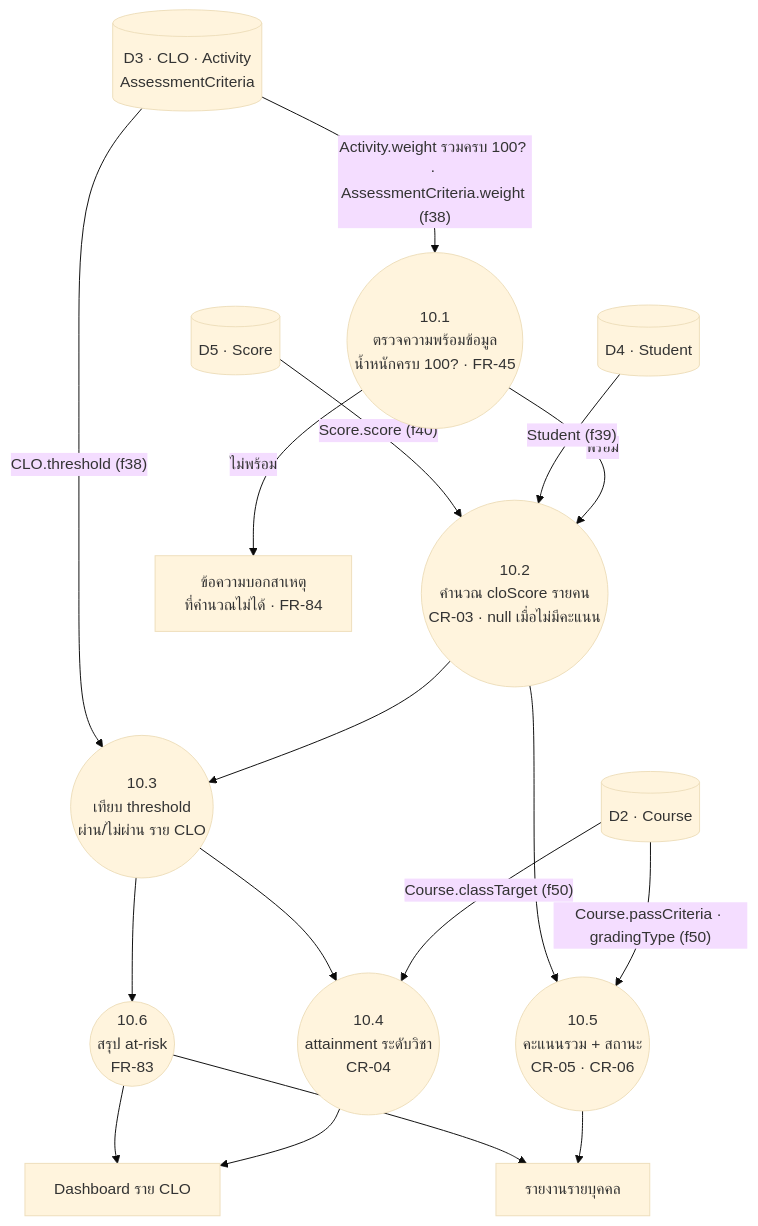
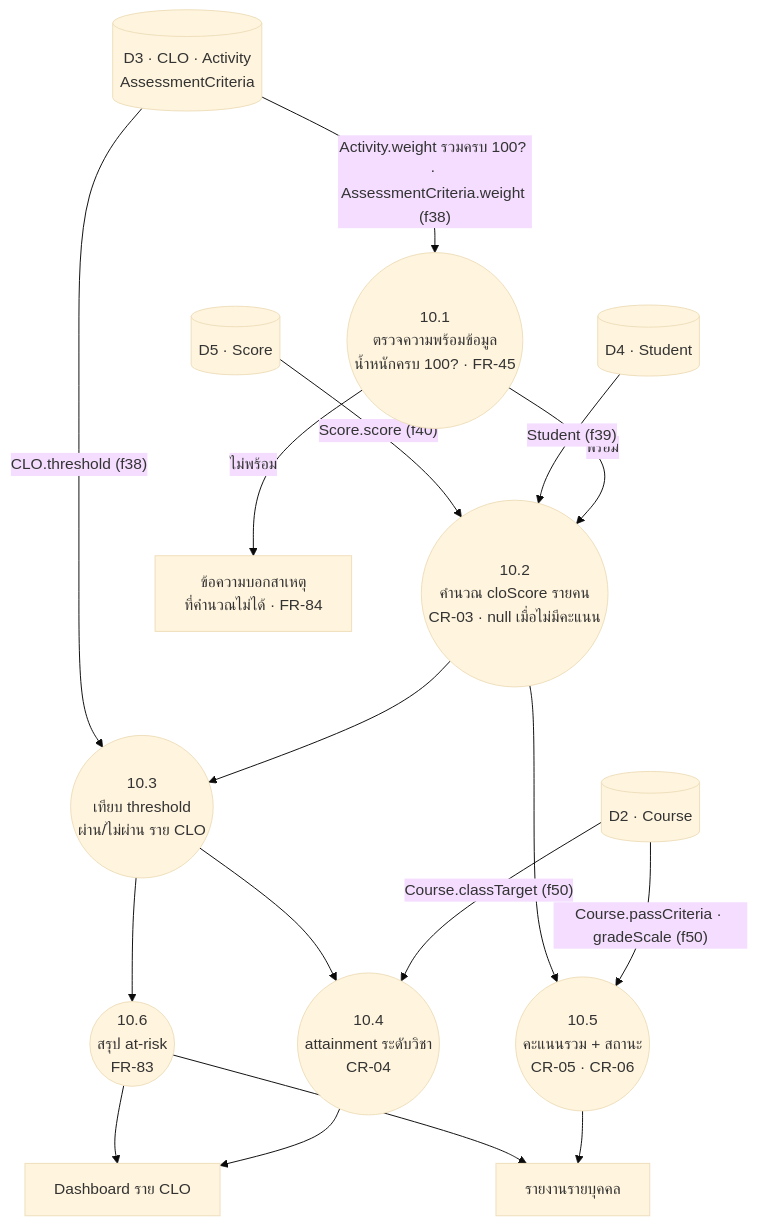
One commit to SIET-KMITL-INCEPTIO/CMAS-CLO changed the eighth of 8 diagrams in docs/markdown/dev/dfd.md. Above: the diagram before and after it, drawn with Mermaid (base theme). The commit also changed other lines of this file and 166 other files, not shown here.

````diff
--- a/docs/markdown/dev/dfd.md
+++ b/docs/markdown/dev/dfd.md
@@ -627,32 +627,32 @@
 ```mermaid
 flowchart TB
     DS2[("D2 · Course")]
     DS3[("D3 · CLO · Activity<br/>AssessmentCriteria")]
     DS4[("D4 · Student")]
     DS5[("D5 · Score")]
 
     P101(("10.1<br/>ตรวจความพร้อมข้อมูล<br/>น้ำหนักครบ 100? · FR-45"))
     P102(("10.2<br/>คำนวณ cloScore รายคน<br/>CR-03 · null เมื่อไม่มีคะแนน"))
     P103(("10.3<br/>เทียบ threshold<br/>ผ่าน/ไม่ผ่าน ราย CLO"))
     P104(("10.4<br/>attainment ระดับวิชา<br/>CR-04"))
     P105(("10.5<br/>คะแนนรวม + สถานะ<br/>CR-05 · CR-06"))
     P106(("10.6<br/>สรุป at-risk<br/>FR-83"))
 
     OUT1["Dashboard ราย CLO"]
     OUT2["รายงานรายบุคคล"]
     OUTX["ข้อความบอกสาเหตุ<br/>ที่คำนวณไม่ได้ · FR-84"]
 
     DS3 -- "Activity.weight รวมครบ 100? · AssessmentCriteria.weight (f38)" --> P101
     P101 -- "ไม่พร้อม" --> OUTX
     P101 -- "พร้อม" --> P102
     DS4 -- "Student (f39)" --> P102
     DS5 -- "Score.score (f40)" --> P102
     P102 --> P103
     DS3 -- "CLO.threshold (f38)" --> P103
     DS2 -- "Course.classTarget (f50)" --> P104
-    DS2 -- "Course.passCriteria · gradingType (f50)" --> P105
+    DS2 -- "Course.passCriteria · gradeScale (f50)" --> P105
     P103 --> P104 --> OUT1
     P103 --> P106 --> OUT1
     P102 --> P105 --> OUT2
     P106 --> OUT2
 ```
````
